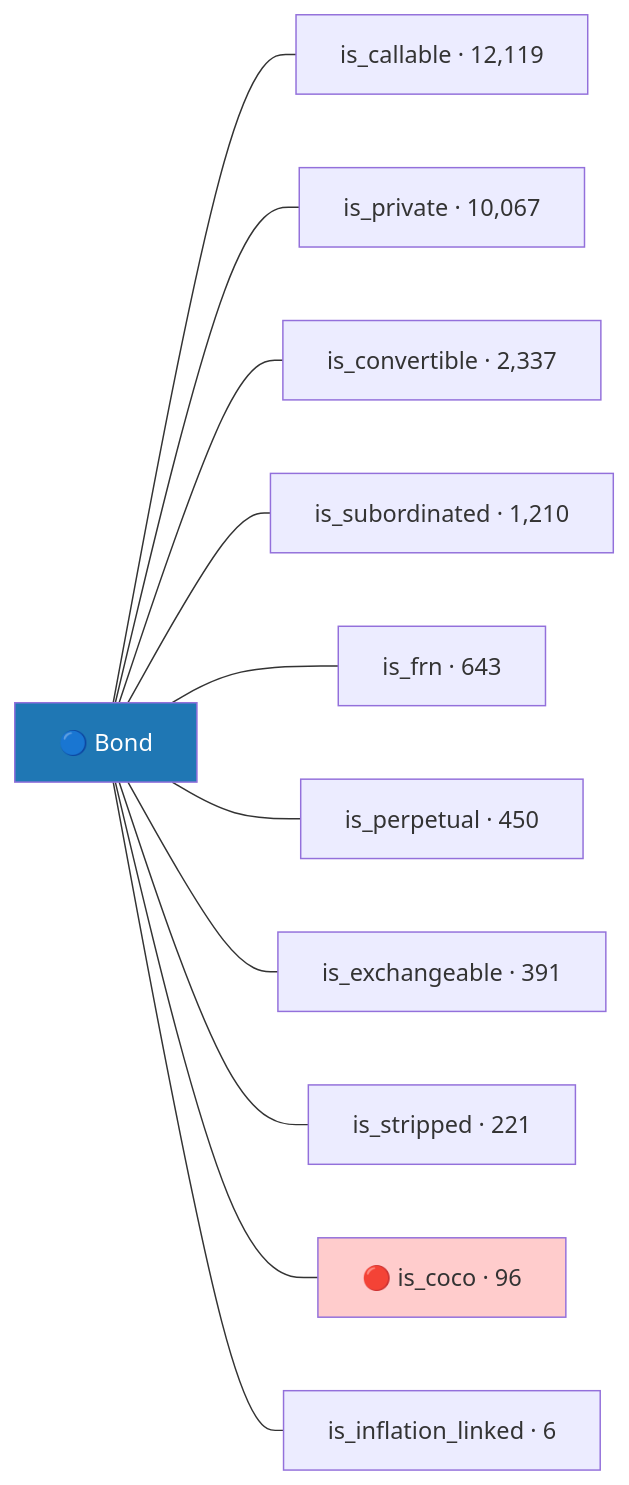
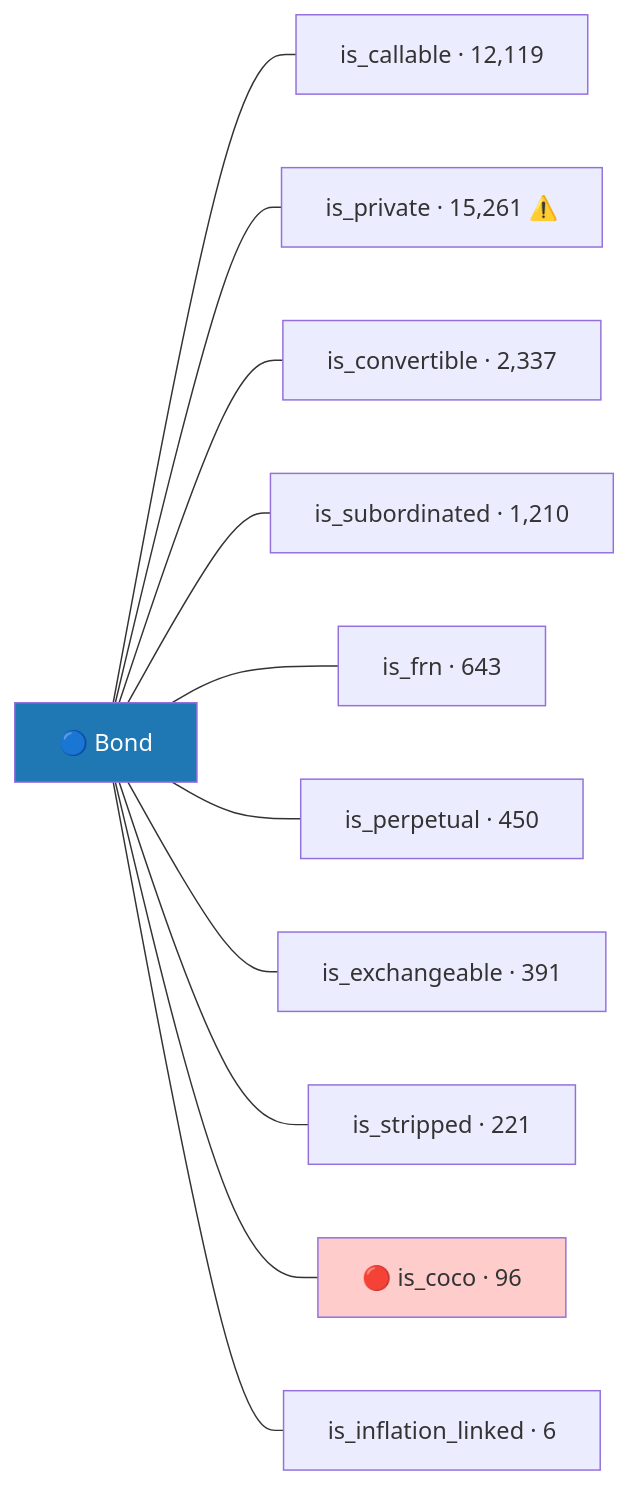
One commit to Song-exp/miraeassetfesta changed the second of 5 diagrams in docs/domain/domestic_bonds_graph.md. Above: the diagram before and after it, drawn with Mermaid. The commit also changed other lines of this file and 12 other files, not shown here.

````diff
--- a/docs/domain/domestic_bonds_graph.md
+++ b/docs/domain/domestic_bonds_graph.md
@@ -231,17 +236,17 @@
 ```mermaid
 flowchart LR
     B["🔵 Bond"]
     B --- f1["is_callable · 12,119"]
-    B --- f2["is_private · 10,067"]
+    B --- f2["is_private · 15,261 ⚠️"]
     B --- f3["is_convertible · 2,337"]
     B --- f4["is_subordinated · 1,210"]
     B --- f5["is_frn · 643"]
     B --- f6["is_perpetual · 450"]
     B --- f7["is_exchangeable · 391"]
     B --- f8["is_stripped · 221"]
     B --- f9["🔴 is_coco · 96"]
     B --- f10["is_inflation_linked · 6"]
 
     style B fill:#1f77b4,color:#fff
     style f9 fill:#ffcccc
 ```
````
